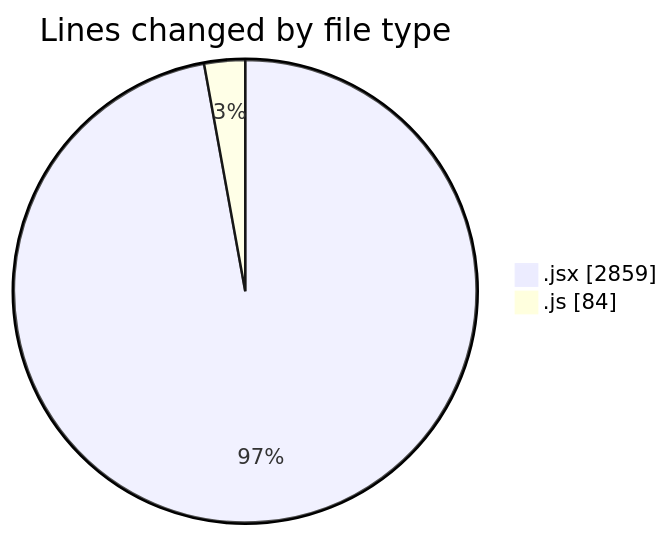
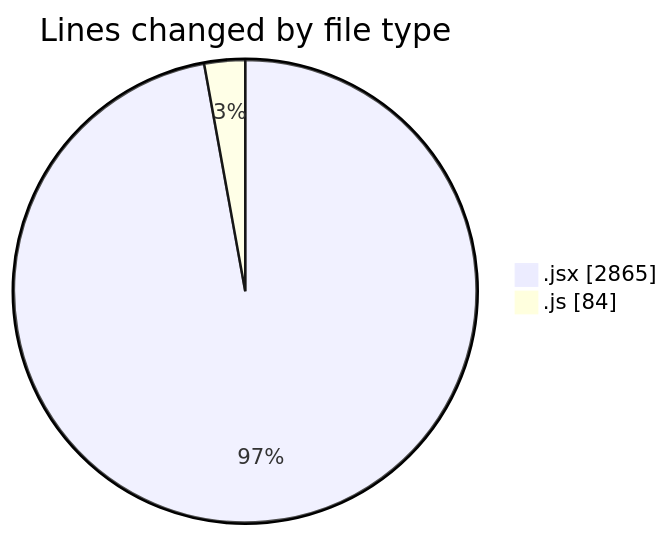
One commit to nxtqubesakshisongat/code-tracking changed the first of 2 diagrams in 2025-06-21/nxtqube_webapp/README.md. Above: the diagram before and after it, drawn with Mermaid. The commit also changed other lines of this file and 1 other file, not shown here.

````diff
--- a/2025-06-21/nxtqube_webapp/README.md
+++ b/2025-06-21/nxtqube_webapp/README.md
@@ -23,6 +23,6 @@
 ```mermaid
 pie showData
 title Lines changed by file type
-".jsx" : 2859
+".jsx" : 2865
 ".js" : 84
 ```
````
